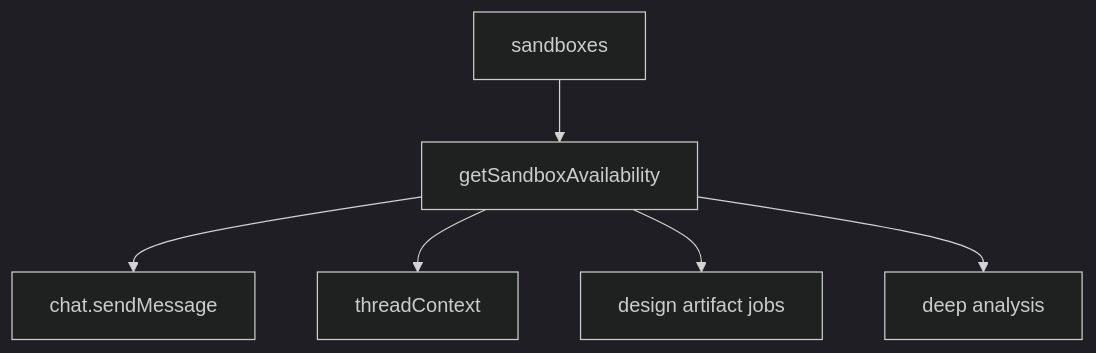
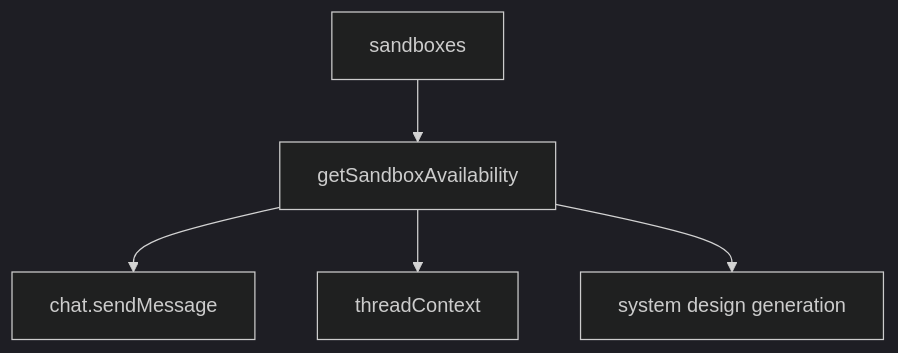
One commit to EricTsai83/systify changed the second of 2 diagrams in docs/service-modes-library-lab-system-design.md. Above: the diagram before and after it, drawn with Mermaid (dark theme). The commit also changed other lines of this file and 64 other files, not shown here.

First line of the commit message:
Replace deep analysis with Generate System Design feature

````diff
--- a/docs/service-modes-library-lab-system-design.md
+++ b/docs/service-modes-library-lab-system-design.md
@@ -64,15 +68,13 @@
 ```mermaid
 flowchart TD
   SandboxRow[sandboxes]
   Availability[getSandboxAvailability]
   ChatSend[chat.sendMessage]
   ThreadContext[threadContext]
-  DesignJobs[design artifact jobs]
-  DeepAnalysis[deep analysis]
+  SystemDesignJob[system design generation]
 
   SandboxRow --> Availability
   Availability --> ChatSend
   Availability --> ThreadContext
-  Availability --> DesignJobs
-  Availability --> DeepAnalysis
+  Availability --> SystemDesignJob
 ```
````
